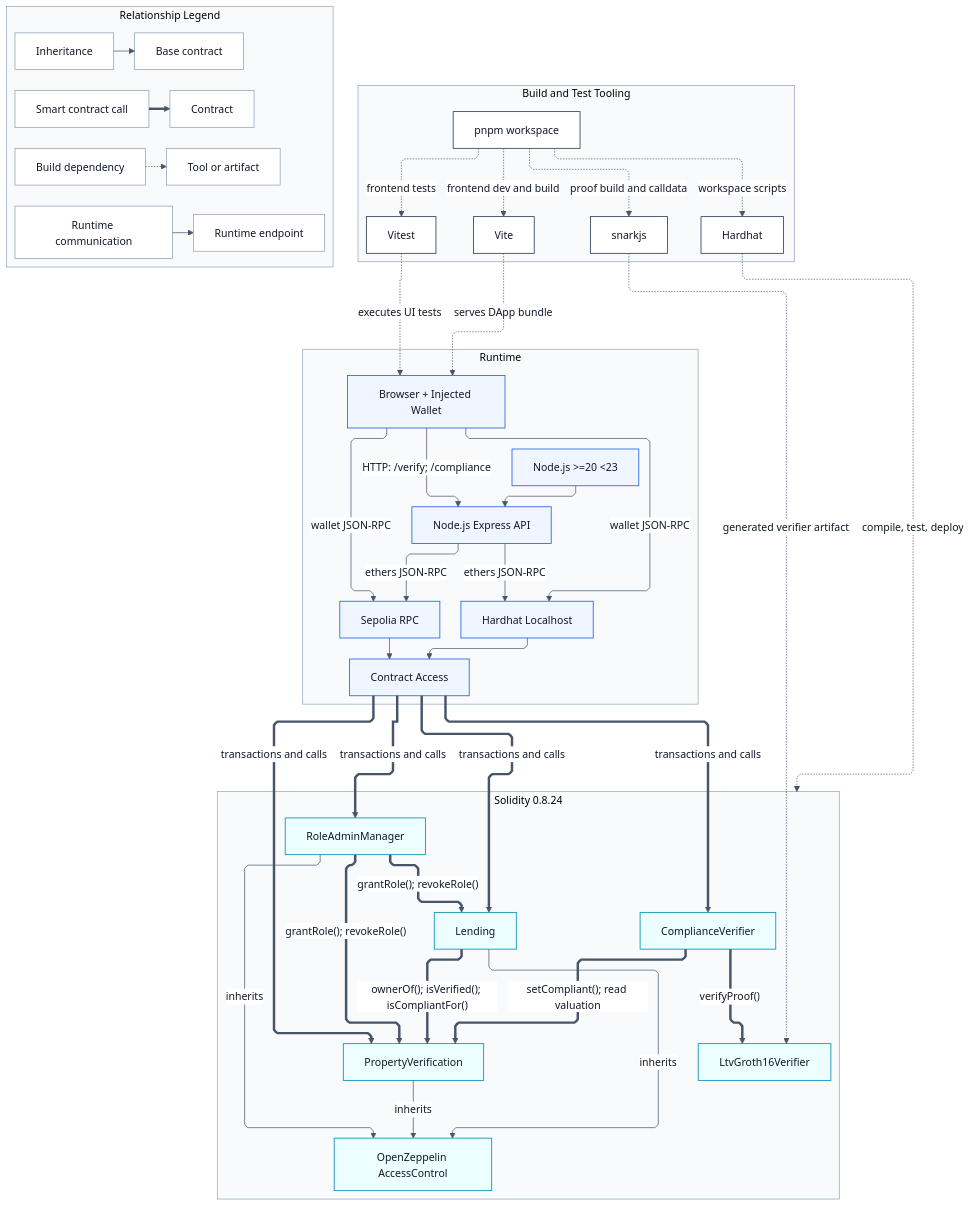
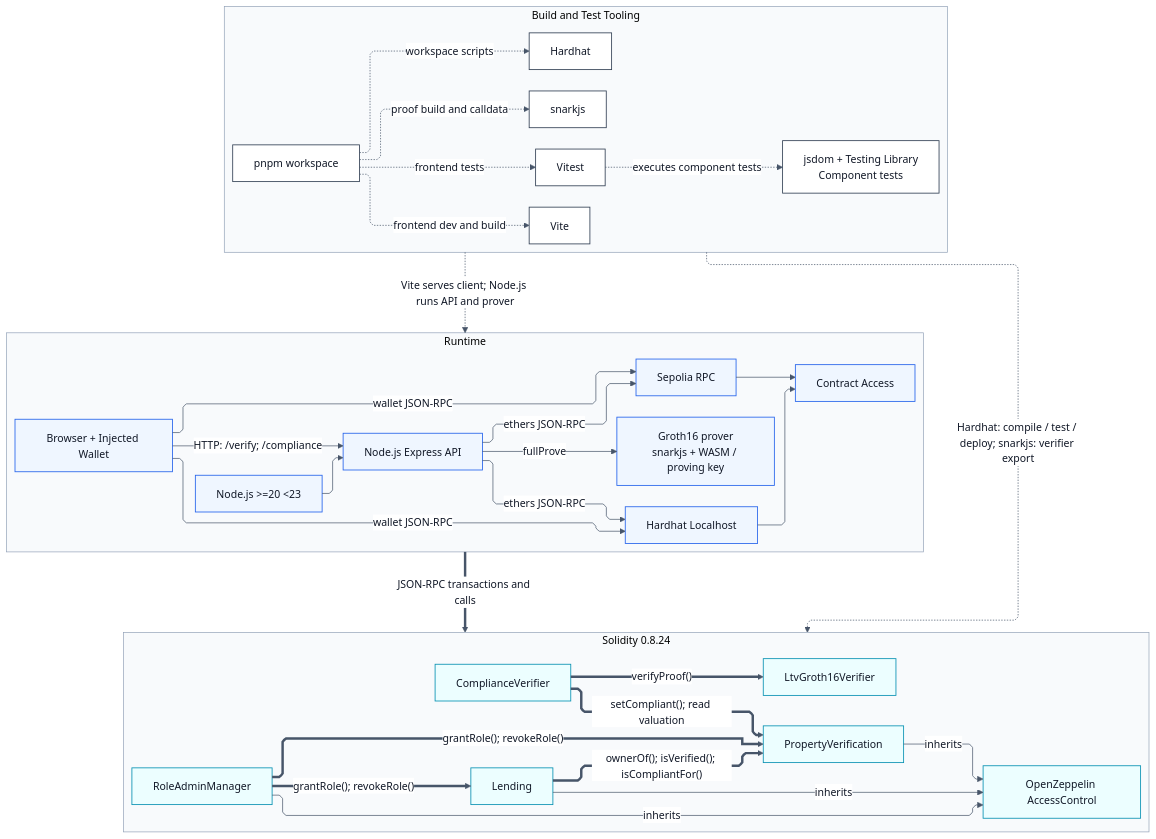
One commit to Alan42x/proofestate changed the diagram in docs/figures/03-technical-architecture.mmd. Above: the diagram before and after it, drawn with Mermaid. The commit also changed 30 other files, not shown here.

```diff
--- a/docs/figures/03-technical-architecture.mmd
+++ b/docs/figures/03-technical-architecture.mmd
@@ -1,80 +1,69 @@
 %%{init: {"theme": "base", "flowchart": {"defaultRenderer": "elk", "curve": "linear", "nodeSpacing": 54, "rankSpacing": 78, "wrappingWidth": 165, "diagramPadding": 18}, "elk": {"mergeEdges": false, "nodePlacementStrategy": "NETWORK_SIMPLEX", "nodePlacementAlignment": "BALANCED"}, "themeVariables": {"fontFamily": "Arial", "fontSize": "15px", "primaryColor": "#ffffff", "primaryTextColor": "#111827", "primaryBorderColor": "#64748b", "lineColor": "#475569", "clusterBkg": "#f8fafc", "clusterBorder": "#94a3b8", "edgeLabelBackground": "#ffffff"}}}%%
 flowchart TB
   subgraph Tooling["Build and Test Tooling"]
     direction LR
     PNPM["pnpm workspace"]
     Hardhat["Hardhat"]
     Vite["Vite"]
     Vitest["Vitest"]
     Snarkjs["snarkjs"]
+    Jsdom["jsdom + Testing Library<br/>Component tests"]
   end
 
   subgraph Runtime["Runtime"]
     direction LR
     NodeRuntime["Node.js >=20 <23"]
     ExpressAPI["Node.js Express API"]
+    Prover["Groth16 prover<br/>snarkjs + WASM / proving key"]
     BrowserWallet["Browser + Injected Wallet"]
     HardhatRPC["Hardhat Localhost"]
     SepoliaRPC["Sepolia RPC"]
     ContractAccess["Contract Access"]
   end
 
   subgraph Solidity["Solidity 0.8.24"]
     direction LR
     AccessControl["OpenZeppelin AccessControl"]
     RoleAdminManager["RoleAdminManager"]
     Lending["Lending"]
     PropertyVerification["PropertyVerification"]
     ComplianceVerifier["ComplianceVerifier"]
     LtvGroth16Verifier["LtvGroth16Verifier"]
   end
 
-  subgraph Legend["Relationship Legend"]
-    direction LR
-    BuildA["Build dependency"] -.-> BuildB["Tool or artifact"]
-    RuntimeA["Runtime communication"] --> RuntimeB["Runtime endpoint"]
-    CallA["Smart contract call"] ==> CallB["Contract"]
-    AccessA["Inheritance"] --> AccessB["Base contract"]
-  end
-
   PNPM -.->|workspace scripts| Hardhat
   PNPM -.->|frontend dev and build| Vite
   PNPM -.->|frontend tests| Vitest
   PNPM -.->|proof build and calldata| Snarkjs
-  Hardhat -.->|compile, test, deploy| Solidity
-  Snarkjs -.->|generated verifier artifact| LtvGroth16Verifier
-  Vite -.->|serves DApp bundle| BrowserWallet
-  Vitest -.->|executes UI tests| BrowserWallet
+  Vitest -.->|executes component tests| Jsdom
+
+  Tooling -.->|Vite serves client; Node.js runs API and prover| Runtime
+  Tooling -.->|Hardhat: compile / test / deploy; snarkjs: verifier export| Solidity
+  Runtime ==>|JSON-RPC transactions and calls| Solidity
 
   NodeRuntime --> ExpressAPI
+  ExpressAPI -->|fullProve| Prover
   BrowserWallet -->|"HTTP: /verify; /compliance"| ExpressAPI
   BrowserWallet -->|wallet JSON-RPC| HardhatRPC
   BrowserWallet -->|wallet JSON-RPC| SepoliaRPC
   ExpressAPI -->|ethers JSON-RPC| HardhatRPC
   ExpressAPI -->|ethers JSON-RPC| SepoliaRPC
   HardhatRPC --> ContractAccess
   SepoliaRPC --> ContractAccess
-
-  ContractAccess ==>|transactions and calls| RoleAdminManager
-  ContractAccess ==>|transactions and calls| Lending
-  ContractAccess ==>|transactions and calls| PropertyVerification
-  ContractAccess ==>|transactions and calls| ComplianceVerifier
 
   ComplianceVerifier ==>|"verifyProof()"| LtvGroth16Verifier
   ComplianceVerifier ==>|"setCompliant(); read valuation"| PropertyVerification
   Lending ==>|"ownerOf(); isVerified(); isCompliantFor()"| PropertyVerification
   RoleAdminManager ==>|"grantRole(); revokeRole()"| PropertyVerification
   RoleAdminManager ==>|"grantRole(); revokeRole()"| Lending
 
   RoleAdminManager -->|inherits| AccessControl
   Lending -->|inherits| AccessControl
   PropertyVerification -->|inherits| AccessControl
 
-  classDef legend fill:#ffffff,stroke:#94a3b8,stroke-width:1.1px,color:#111827;
   classDef tool fill:#ffffff,stroke:#334155,stroke-width:1.2px,color:#111827;
   classDef runtime fill:#eff6ff,stroke:#2563eb,stroke-width:1.2px,color:#111827;
   classDef contract fill:#ecfeff,stroke:#0891b2,stroke-width:1.2px,color:#111827;
-  class BuildA,BuildB,RuntimeA,RuntimeB,CallA,CallB,AccessA,AccessB legend;
-  class PNPM,Hardhat,Vite,Vitest,Snarkjs tool;
-  class NodeRuntime,ExpressAPI,BrowserWallet,HardhatRPC,SepoliaRPC,ContractAccess runtime;
+  class PNPM,Hardhat,Vite,Vitest,Snarkjs,Jsdom tool;
+  class NodeRuntime,ExpressAPI,Prover,BrowserWallet,HardhatRPC,SepoliaRPC,ContractAccess runtime;
   class AccessControl,RoleAdminManager,Lending,PropertyVerification,ComplianceVerifier,LtvGroth16Verifier contract;
```
